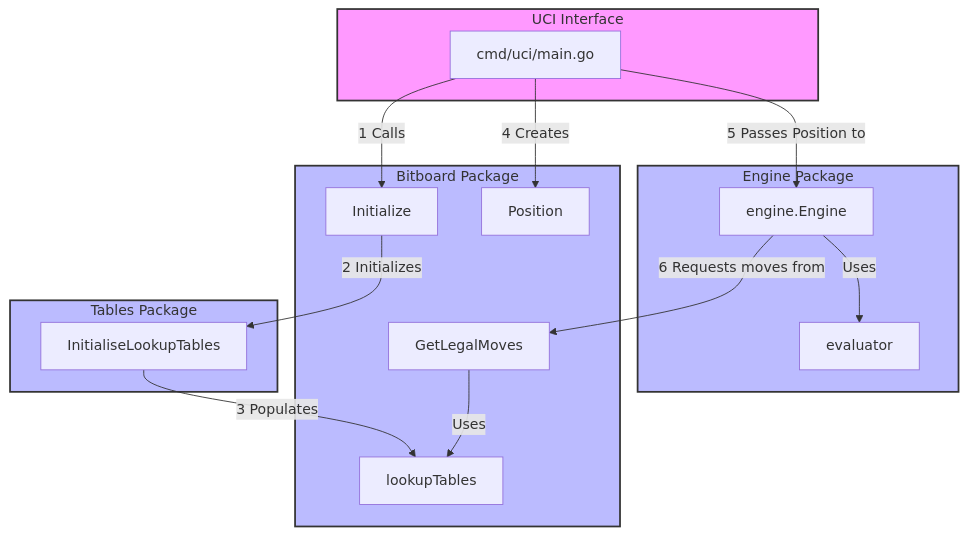
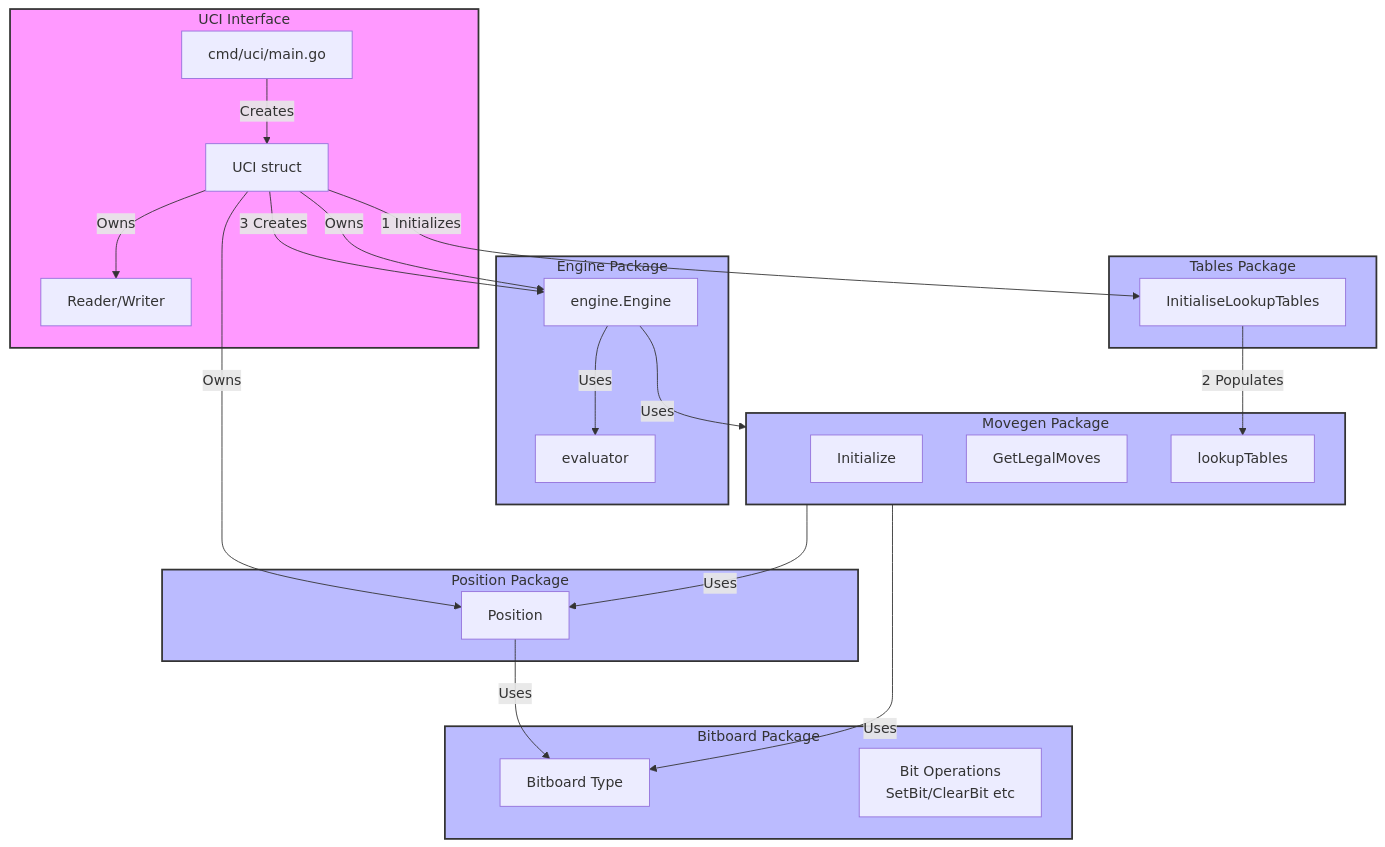
The diagram in docs/architecture.md (samwestmoreland/chessengine), drawn with Mermaid before and after one commit.

Commit message:
Update architecture diagram

````diff
--- a/docs/architecture.md
+++ b/docs/architecture.md
@@ -1,39 +1,58 @@
 ```mermaid
 flowchart TD
     subgraph UCI["UCI Interface"]
         MAIN[cmd/uci/main.go]
+        UCI_STRUCT[UCI struct]
+        IO[Reader/Writer]
     end
 
     subgraph ENGINE["Engine Package"]
         ENG[engine.Engine]
         EVAL[evaluator]
     end
 
     subgraph BITBOARD["Bitboard Package"]
-        BB_INIT[Initialize]
+        BB[Bitboard Type]
+        BB_OPS[Bit Operations<br>SetBit/ClearBit etc]
+    end
+
+    subgraph POSITION["Position Package"]
         POS[Position]
+    end
+
+    subgraph MOVEGEN["Movegen Package"]
+        MG_INIT[Initialize]
         MOVES[GetLegalMoves]
         TABLES[lookupTables]
     end
 
     subgraph TABLES_PKG["Tables Package"]
         T_INIT[InitialiseLookupTables]
     end
 
     %% Initialization flow
-    MAIN -->|1 Calls| BB_INIT
-    BB_INIT -->|2 Initializes| T_INIT
-    T_INIT -->|3 Populates| TABLES
+    MAIN -->|"Creates"| UCI_STRUCT
+    UCI_STRUCT -->|"1 Initializes"| T_INIT
+    T_INIT -->|"2 Populates"| TABLES
+    UCI_STRUCT -->|"3 Creates"| ENG
 
-    %% Runtime flow
-    MAIN -->|4 Creates| POS
-    MAIN -->|5 Passes Position to| ENG
-    ENG -->|6 Requests moves from| MOVES
-    MOVES -->|Uses| TABLES
-    ENG -->|Uses| EVAL
+    %% Component relationships
+    UCI_STRUCT -->|"Owns"| IO
+    UCI_STRUCT -->|"Owns"| POS
+    UCI_STRUCT -->|"Owns"| ENG
+    
+    %% Dependencies between packages
+    POS -->|"Uses"| BB
+    MOVEGEN -->|"Uses"| POS
+    MOVEGEN -->|"Uses"| BB
+    ENG -->|"Uses"| MOVEGEN
+    ENG -->|"Uses"| EVAL
 
+    %% Style
     style UCI fill:#f9f,stroke:#333,stroke-width:2px
     style ENGINE fill:#bbf,stroke:#333,stroke-width:2px
     style BITBOARD fill:#bbf,stroke:#333,stroke-width:2px
+    style POSITION fill:#bbf,stroke:#333,stroke-width:2px
+    style MOVEGEN fill:#bbf,stroke:#333,stroke-width:2px
     style TABLES_PKG fill:#bbf,stroke:#333,stroke-width:2px
 ```
````
